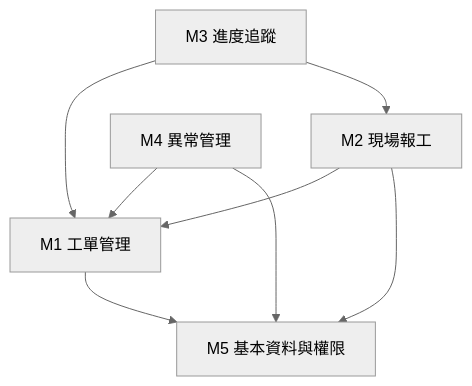
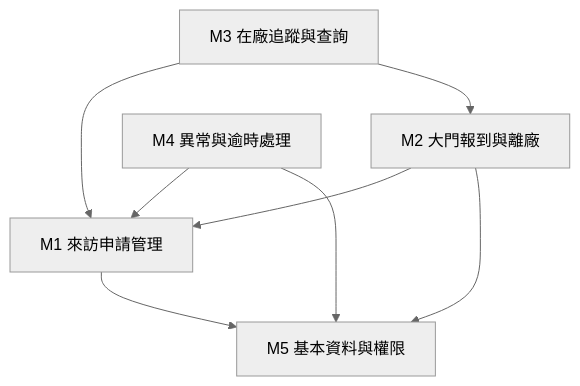
One commit to billy1125/system-analysis-and-design changed the fourth of 4 diagrams in 01-Course-Materials/05-Functional-Analysis.md. Above: the diagram before and after it, drawn with Mermaid (neutral theme). The commit also changed other lines of this file and 30 other files, not shown here.

````diff
--- a/01-Course-Materials/05-Functional-Analysis.md
+++ b/01-Course-Materials/05-Functional-Analysis.md
@@ -406,16 +414,16 @@
 ```mermaid
 flowchart TD
-    M2[M2 現場報工]
-    M3[M3 進度追蹤]
-    M4[M4 異常管理]
-    M1[M1 工單管理]
+    M2[M2 大門報到與離廠]
+    M3[M3 在廠追蹤與查詢]
+    M4[M4 異常與逾時處理]
+    M1[M1 來訪申請管理]
     M5[M5 基本資料與權限]
 
     M2 --> M1
     M2 --> M5
     M3 --> M1
     M3 --> M2
     M4 --> M1
     M4 --> M5
     M1 --> M5
 ```
````
